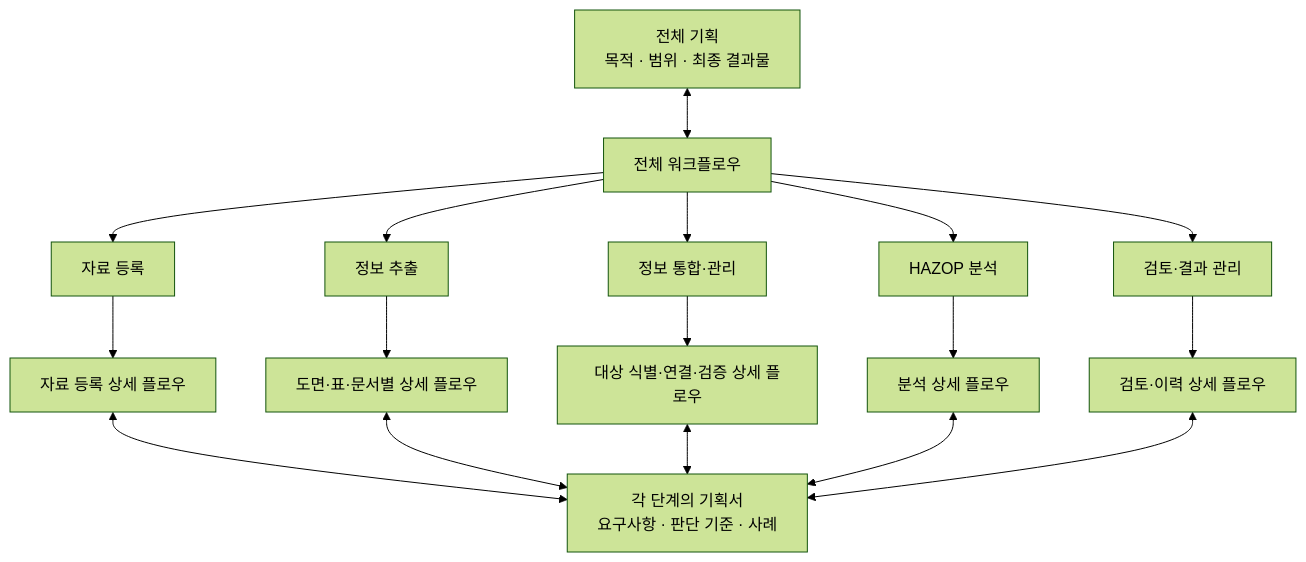
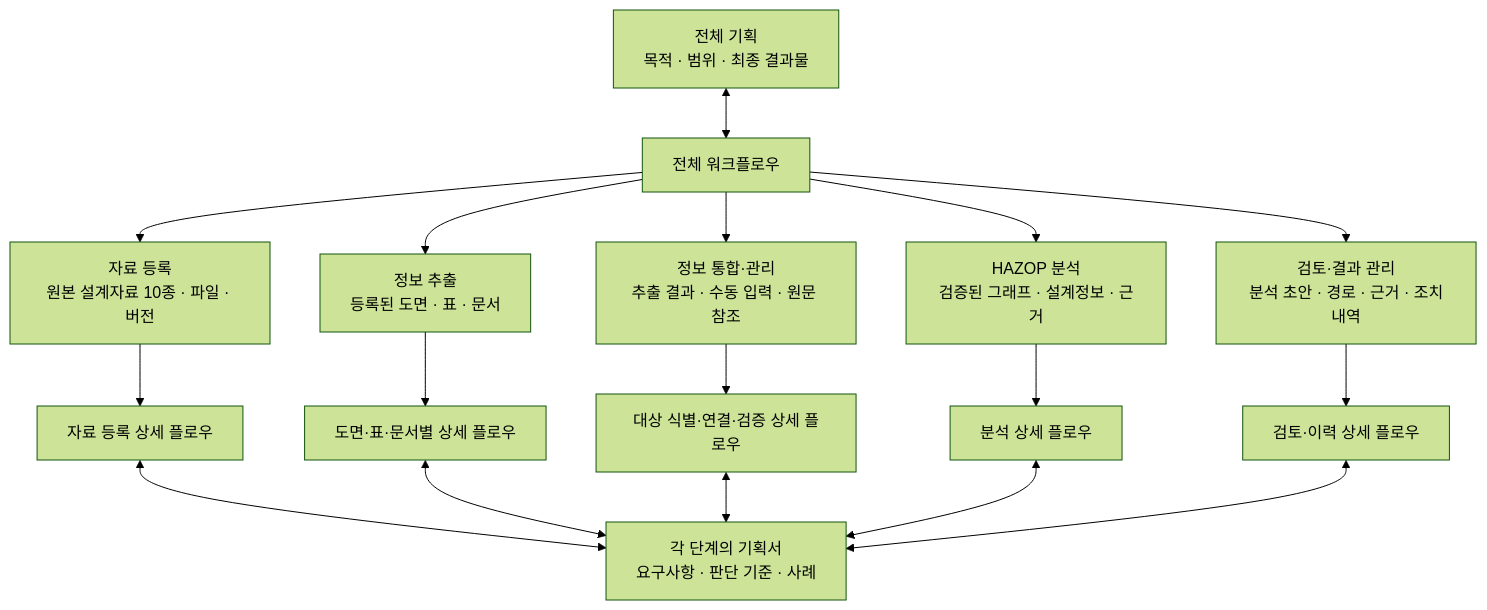
One commit to ReoDe/HAZOP changed the diagram in flow chart/00-overview.md. Above: the diagram before and after it, drawn with Mermaid (forest theme). The commit also changed other lines of this file and 5 other files, not shown here.

Commit message:
Clarify source inputs and plan graph attribute definitions

````diff
--- a/flow chart/00-overview.md
+++ b/flow chart/00-overview.md
@@ -7,25 +7,25 @@
 ```mermaid
 flowchart TB
     A["전체 기획<br/>목적 · 범위 · 최종 결과물"]
     B["전체 워크플로우"]
 
     A <--> B
 
-    B --> C["자료 등록"]
-    B --> D["정보 추출"]
-    B --> E["정보 통합·관리"]
-    B --> F["HAZOP 분석"]
-    B --> G["검토·결과 관리"]
+    B --> C["자료 등록<br/>원본 설계자료 10종 · 파일 · 버전"]
+    B --> D["정보 추출<br/>등록된 도면 · 표 · 문서"]
+    B --> E["정보 통합·관리<br/>추출 결과 · 수동 입력 · 원문 참조"]
+    B --> F["HAZOP 분석<br/>검증된 그래프 · 설계정보 · 근거"]
+    B --> G["검토·결과 관리<br/>분석 초안 · 경로 · 근거 · 조치내역"]
 
     C --> C1["자료 등록 상세 플로우"]
     D --> D1["도면·표·문서별 상세 플로우"]
     E --> E1["대상 식별·연결·검증 상세 플로우"]
     F --> F1["분석 상세 플로우"]
     G --> G1["검토·이력 상세 플로우"]
 
     C1 <--> P["각 단계의 기획서<br/>요구사항 · 판단 기준 · 사례"]
     D1 <--> P
     E1 <--> P
     F1 <--> P
     G1 <--> P
 ```
````
